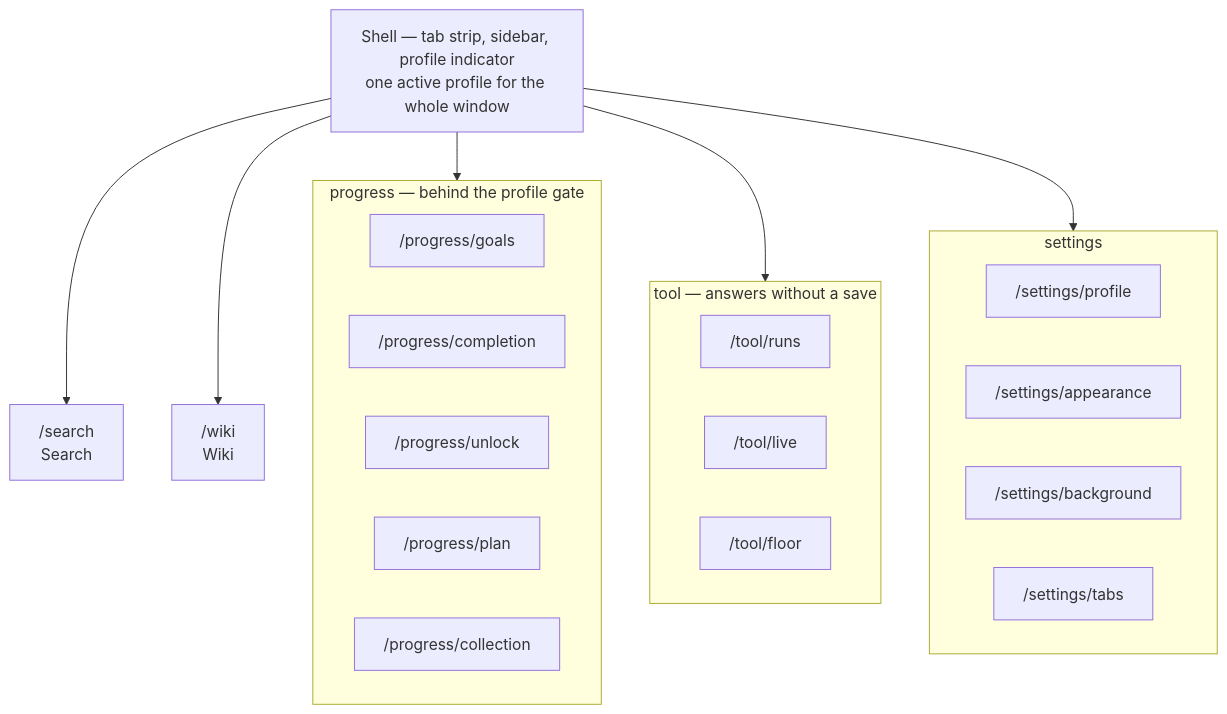
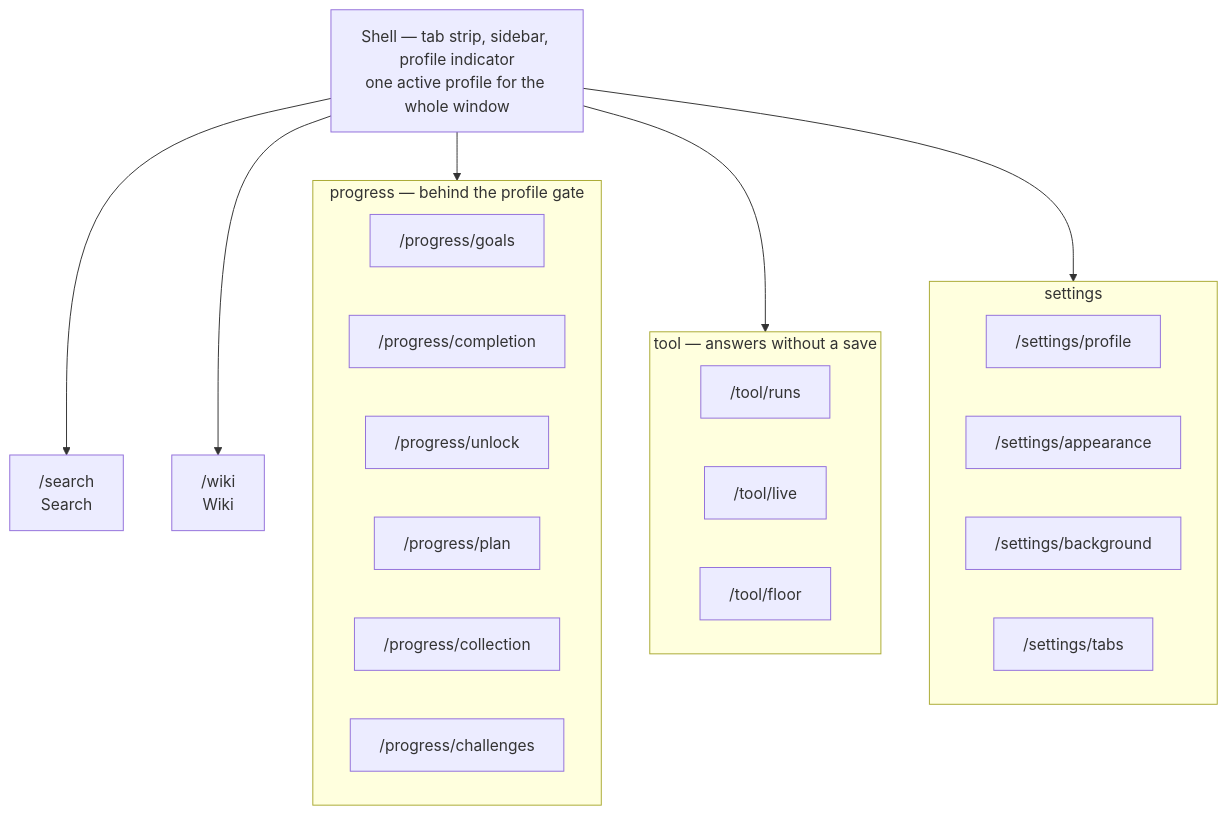
Before and after one commit to DomenghiniStefano/isaac-dome: the third of 4 diagrams in docs/architecture.md, drawn with Mermaid. The commit also changed other lines of this file and 4 other files, not shown here.

````diff
--- a/docs/architecture.md
+++ b/docs/architecture.md
@@ -222,31 +222,32 @@
 ```mermaid
 flowchart TD
   shell["Shell — tab strip, sidebar, profile indicator<br/>one active profile for the whole window"]
 
   shell --> searchRoute["/search<br/>Search"]
   shell --> progressGroup
   shell --> toolGroup
   shell --> wikiRoute["/wiki<br/>Wiki"]
   shell --> settingsGroup
 
   subgraph progressGroup["progress — behind the profile gate"]
     goals["/progress/goals"]
     completion["/progress/completion"]
     unlock["/progress/unlock"]
     planr["/progress/plan"]
     collection["/progress/collection"]
+    challengesr["/progress/challenges"]
   end
 
   subgraph toolGroup["tool — answers without a save"]
     runsr["/tool/runs"]
     liver["/tool/live"]
     floorr["/tool/floor"]
   end
 
   subgraph settingsGroup["settings"]
     profiler["/settings/profile"]
     appearance["/settings/appearance"]
     background["/settings/background"]
     tabsr["/settings/tabs"]
   end
 ```
````
